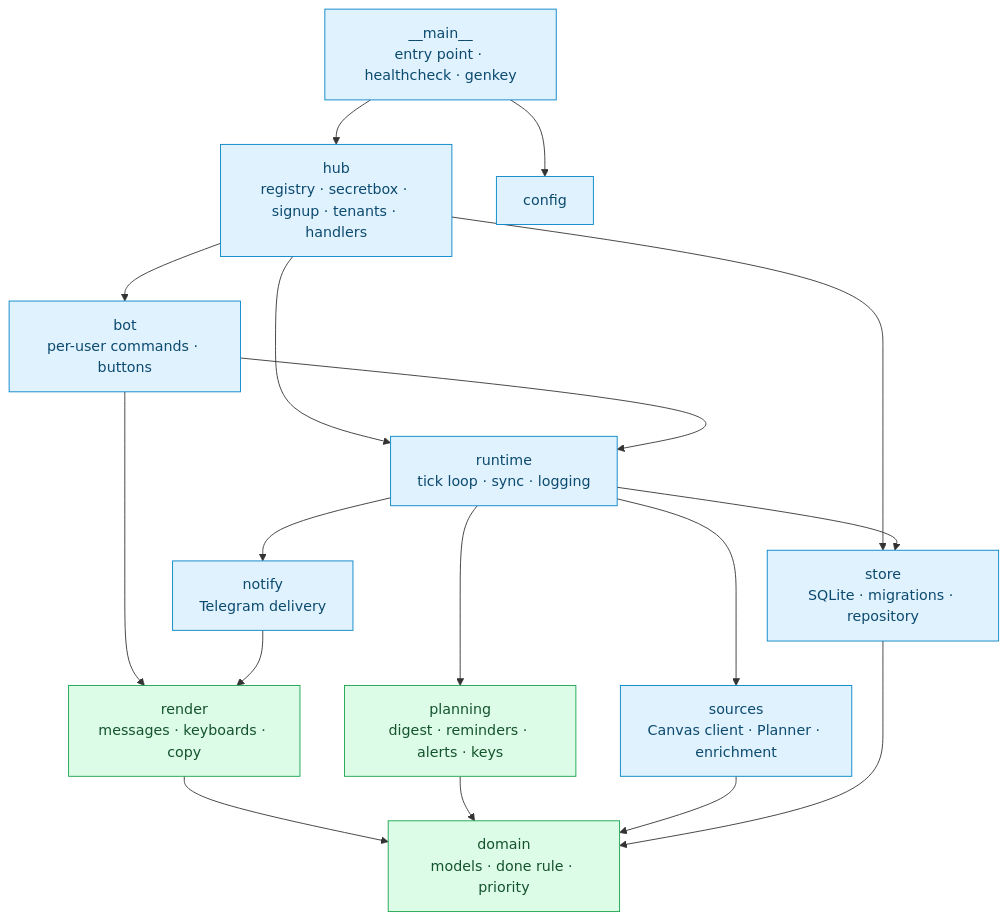
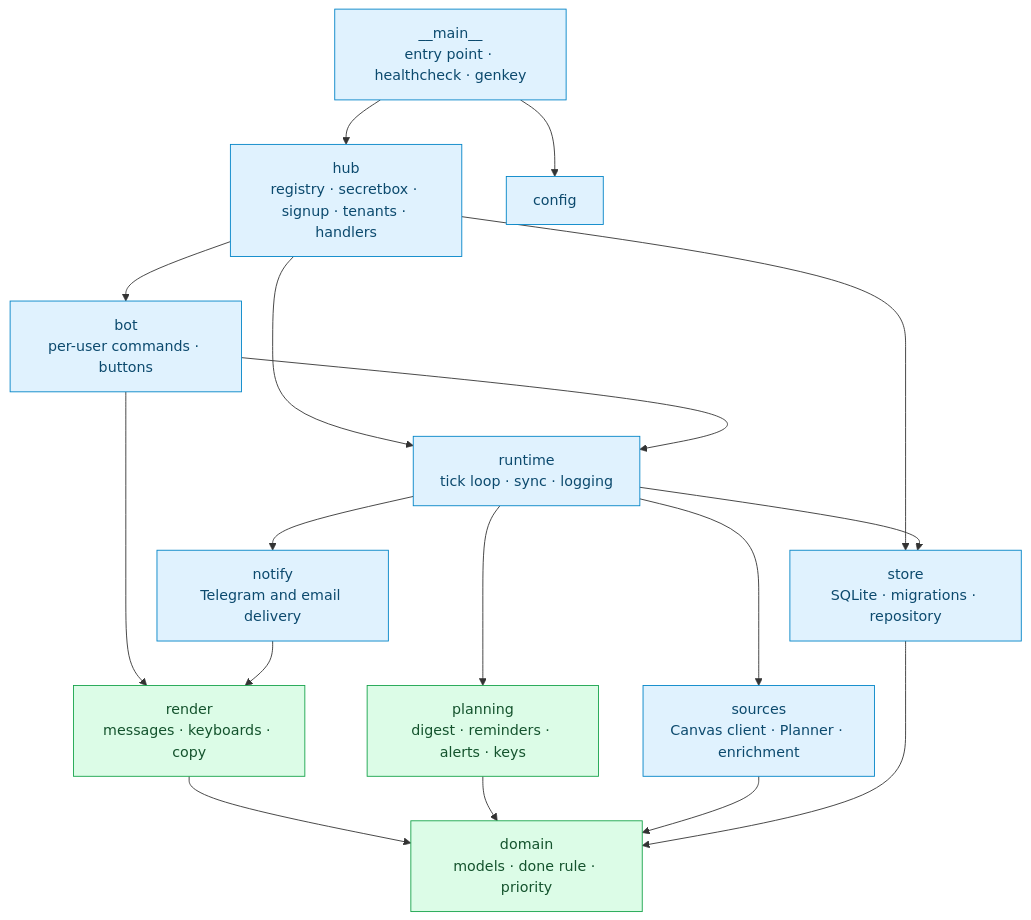
The second of 8 diagrams in docs/architecture.md (rmaytr/CanvasAssignmentTrackingBot), drawn with Mermaid before and after one commit. The commit also changed other lines of this file and 32 other files, not shown here.

````diff
--- a/docs/architecture.md
+++ b/docs/architecture.md
@@ -43,25 +43,25 @@
 ```mermaid
 flowchart TD
     main["__main__<br/>entry point · healthcheck · genkey"] --> hub
     main --> config
     hub["hub<br/>registry · secretbox · signup · tenants · handlers"] --> bot
     hub --> runtime
     hub --> store
     bot["bot<br/>per-user commands · buttons"] --> render
     bot --> runtime
     runtime["runtime<br/>tick loop · sync · logging"] --> planning
     runtime --> sources
     runtime --> notify
     runtime --> store
-    notify["notify<br/>Telegram delivery"] --> render
+    notify["notify<br/>Telegram and email delivery"] --> render
     render["render<br/>messages · keyboards · copy"] --> domain
     planning["planning<br/>digest · reminders · alerts · keys"] --> domain
     sources["sources<br/>Canvas client · Planner · enrichment"] --> domain
     store["store<br/>SQLite · migrations · repository"] --> domain
     domain["domain<br/>models · done rule · priority"]
 
     classDef pure fill:#dcfce7,stroke:#16a34a,color:#14532d
     classDef io fill:#e0f2fe,stroke:#0284c7,color:#0c4a6e
     class domain,planning,render pure
     class sources,store,notify,runtime,bot,hub,main,config io
 ```
````
